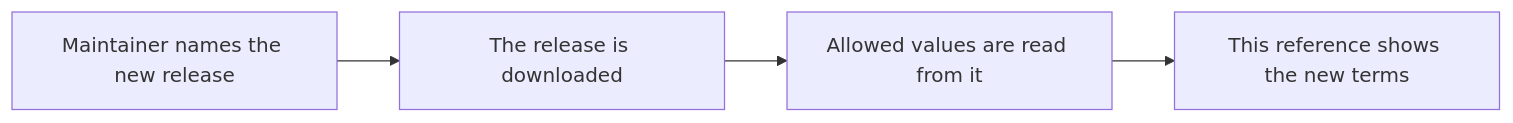
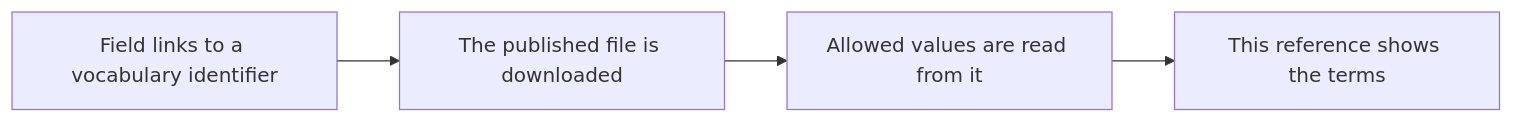
One commit to ihfc-iugg/ghfdb changed the second of 2 diagrams in docs/reference/fields/index.md. Above: the diagram before and after it, drawn with Mermaid. The commit also changed other lines of this file and 43 other files, not shown here.

Commit message:
Read vocabulary terms from their permanent identifiers instead of a stated release

````diff
--- a/docs/reference/fields/index.md
+++ b/docs/reference/fields/index.md
@@ -62,6 +61,6 @@
 ```{mermaid}
 flowchart LR
-    named[Maintainer names the new release] --> downloaded[The release is downloaded]
+    identifier[Field links to a vocabulary identifier] --> downloaded[The published file is downloaded]
     downloaded --> read[Allowed values are read from it]
-    read --> pages[This reference shows the new terms]
+    read --> pages[This reference shows the terms]
 ```
````
